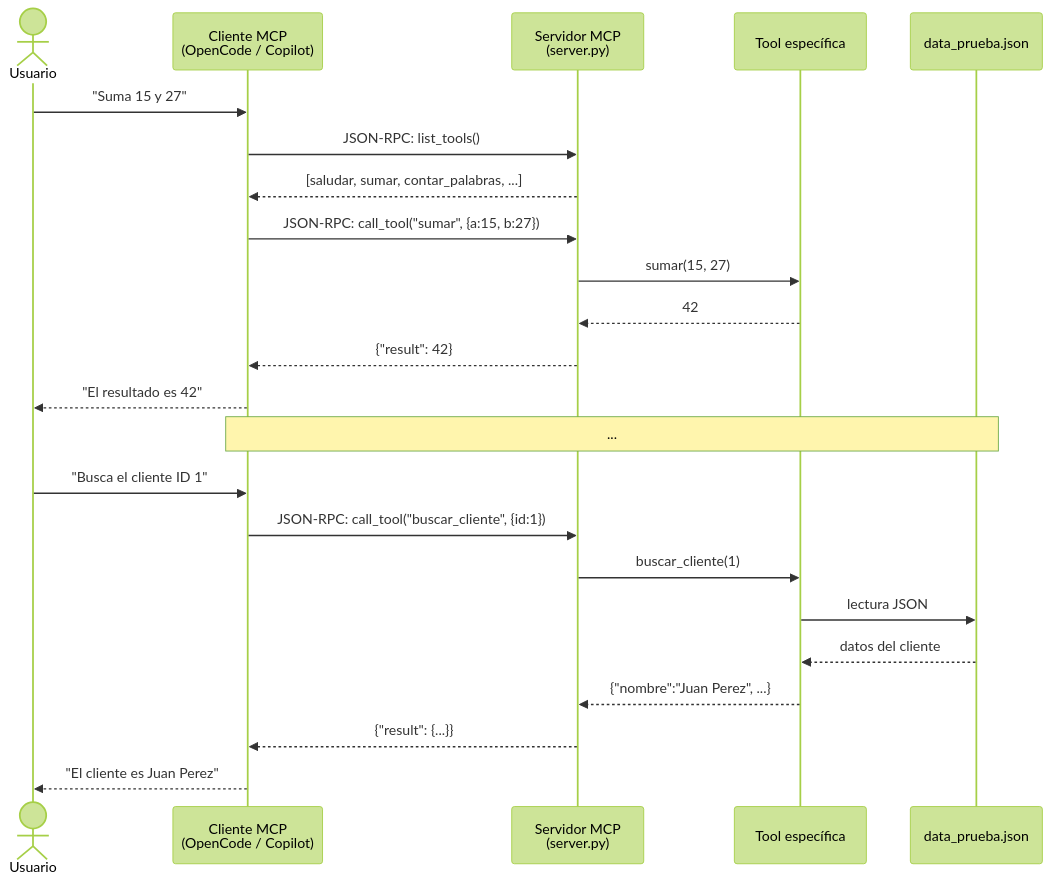
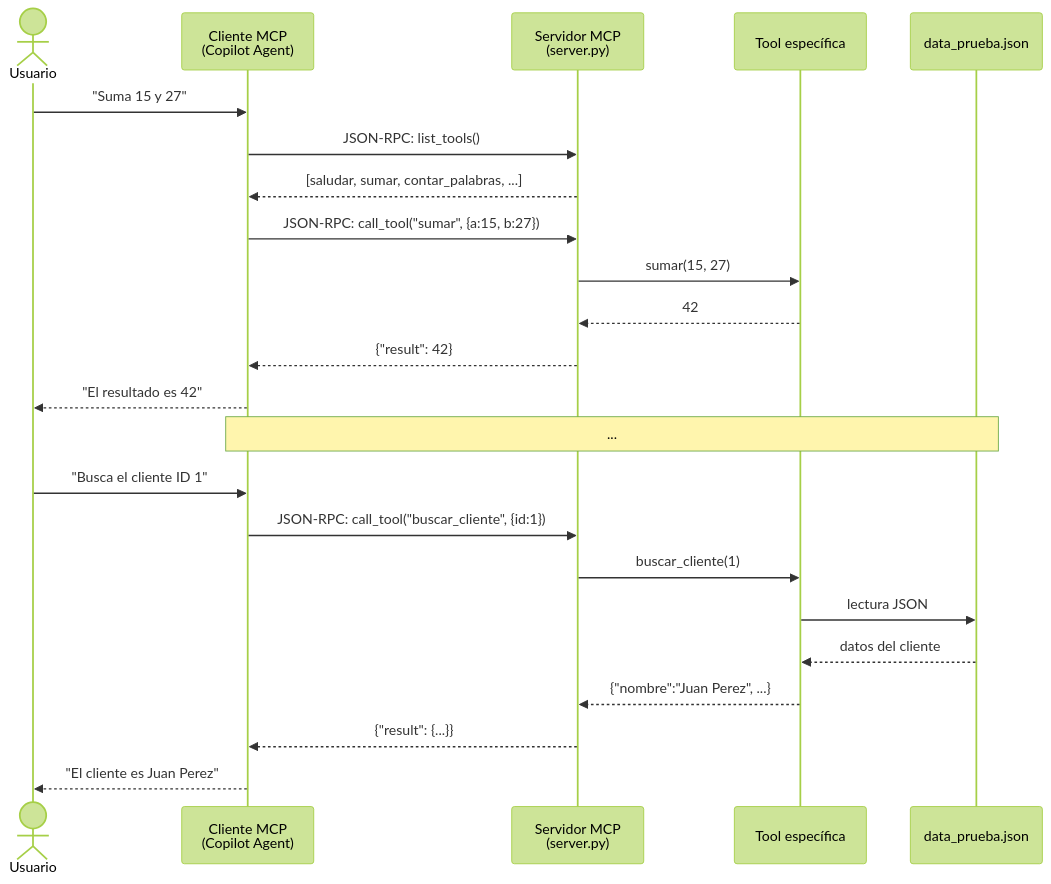
The second of 3 diagrams in EVIDENCIAS.md (RamsesSzobotka/Lab-Mcp_Local_Github), drawn with Mermaid (forest theme) before and after one commit. The commit also changed other lines of this file and 4 other files, not shown here.

````diff
--- a/EVIDENCIAS.md
+++ b/EVIDENCIAS.md
@@ -68,28 +69,28 @@
 ```mermaid
 sequenceDiagram
     actor Usuario
-    participant Cliente as Cliente MCP<br/>(OpenCode / Copilot)
+    participant Cliente as Cliente MCP<br/>(Copilot Agent)
     participant Servidor as Servidor MCP<br/>(server.py)
     participant Tool as Tool específica
     participant Archivo as data_prueba.json
 
     Usuario->>Cliente: "Suma 15 y 27"
     Cliente->>Servidor: JSON-RPC: list_tools()
     Servidor-->>Cliente: [saludar, sumar, contar_palabras, ...]
     Cliente->>Servidor: JSON-RPC: call_tool("sumar", {a:15, b:27})
     Servidor->>Tool: sumar(15, 27)
     Tool-->>Servidor: 42
     Servidor-->>Cliente: {"result": 42}
     Cliente-->>Usuario: "El resultado es 42"
 
     Note over Cliente,Archivo: ...
 
     Usuario->>Cliente: "Busca el cliente ID 1"
     Cliente->>Servidor: JSON-RPC: call_tool("buscar_cliente", {id:1})
     Servidor->>Tool: buscar_cliente(1)
     Tool->>Archivo: lectura JSON
     Archivo-->>Tool: datos del cliente
     Tool-->>Servidor: {"nombre":"Juan Perez", ...}
     Servidor-->>Cliente: {"result": {...}}
     Cliente-->>Usuario: "El cliente es Juan Perez"
 ```
````
